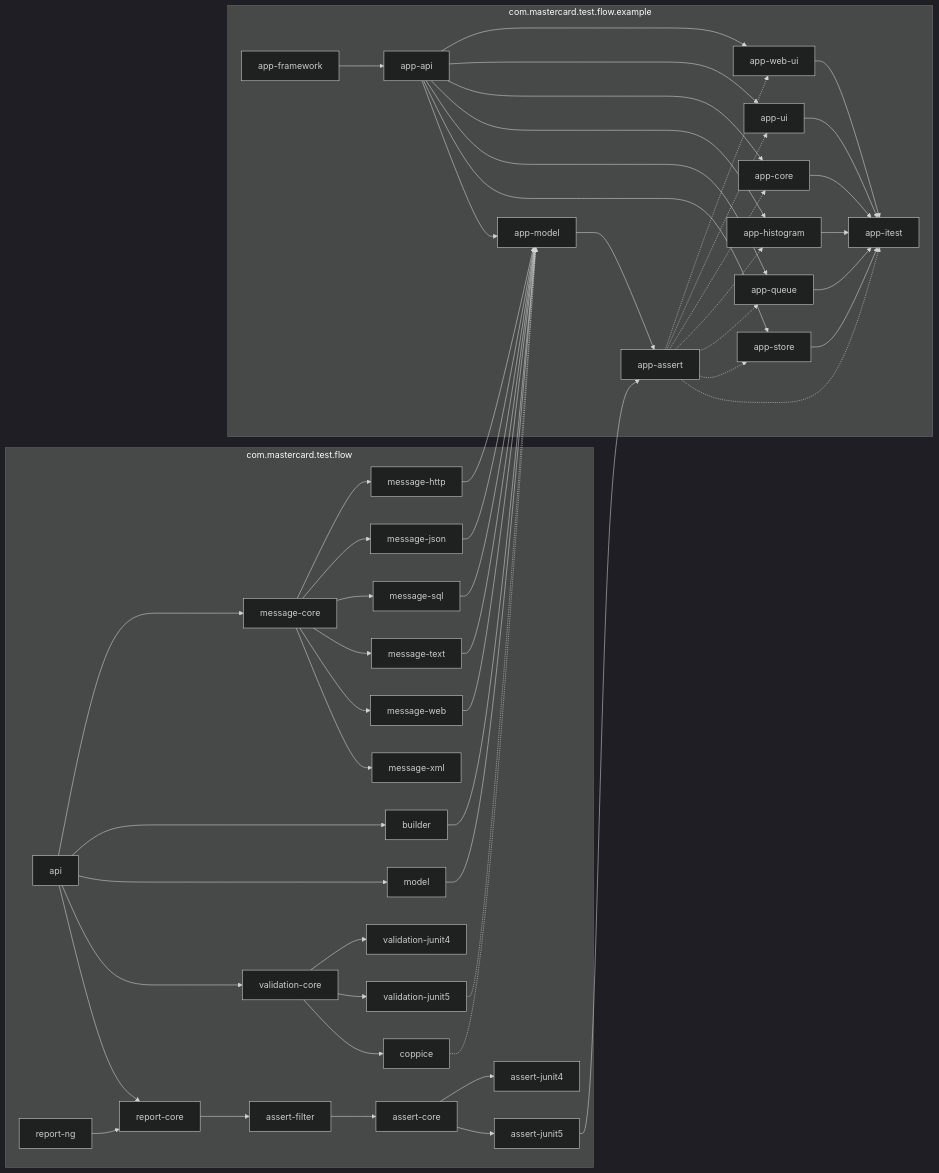
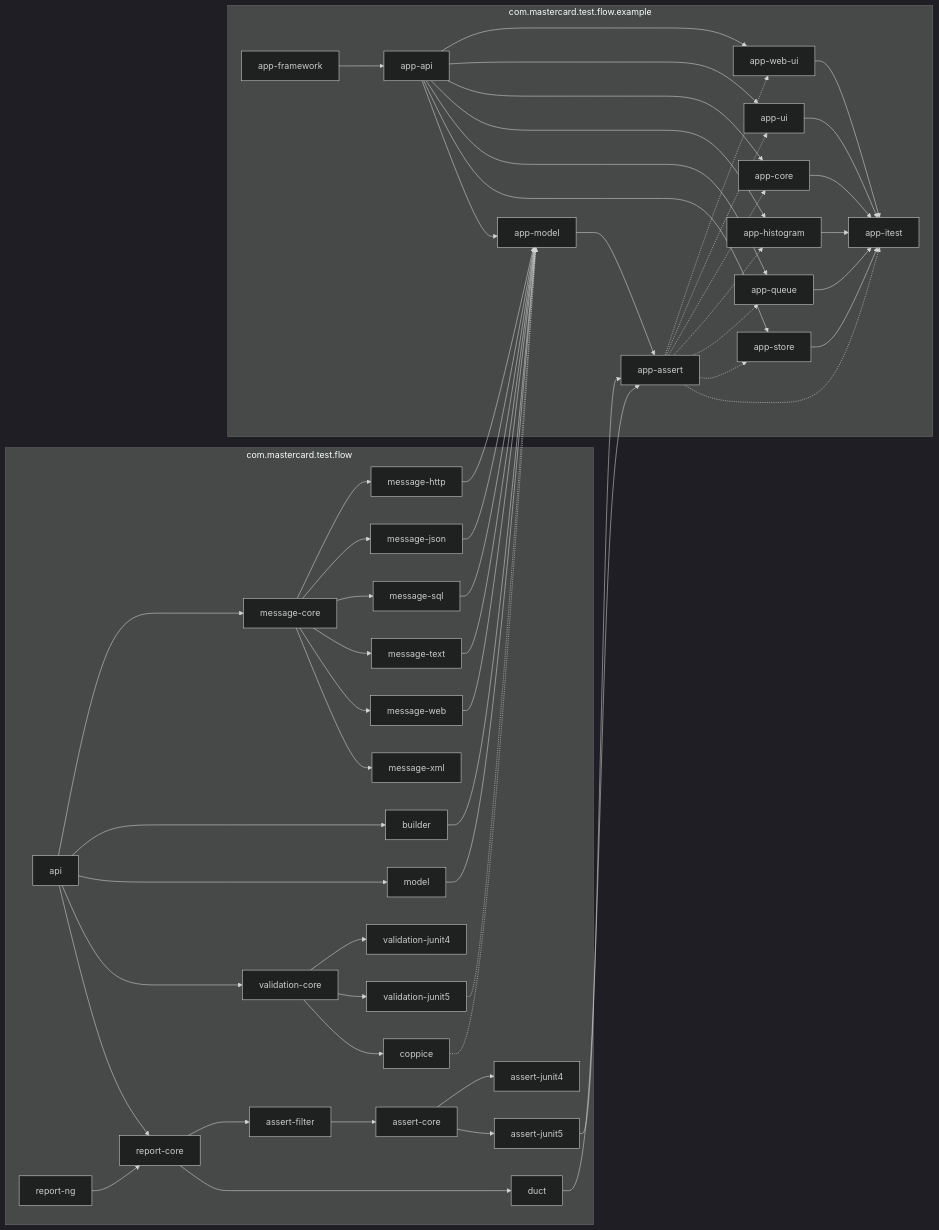
One commit to Mastercard/flow changed the second of 2 diagrams in example/README.md. Above: the diagram before and after it, drawn with Mermaid (dark theme). The commit also changed 111 other files, not shown here.

````diff
--- a/example/README.md
+++ b/example/README.md
@@ -69,58 +69,60 @@
 ```mermaid
 graph LR
   subgraph com.mastercard.test.flow
     api --> message-core
     api --> builder
     api --> model
     api --> validation-core
     api --> report-core
     assert-core --> assert-junit4
     assert-core --> assert-junit5
     assert-filter --> assert-core
     message-core --> message-http
     message-core --> message-json
     message-core --> message-sql
     message-core --> message-text
     message-core --> message-web
     message-core --> message-xml
     report-core --> assert-filter
+    report-core --> duct
     report-ng --> report-core
     validation-core --> validation-junit4
     validation-core --> validation-junit5
     validation-core --> coppice
   end
   subgraph com.mastercard.test.flow.example
     app-api --> app-web-ui
     app-api --> app-ui
     app-api --> app-core
     app-api --> app-histogram
     app-api --> app-queue
     app-api --> app-store
     app-api --> app-model
     app-assert -.-> app-web-ui
     app-assert -.-> app-ui
     app-assert -.-> app-core
     app-assert -.-> app-histogram
     app-assert -.-> app-queue
     app-assert -.-> app-store
     app-assert -.-> app-itest
     app-core --> app-itest
     app-framework --> app-api
     app-histogram --> app-itest
     app-model --> app-assert
     app-queue --> app-itest
     app-store --> app-itest
     app-ui --> app-itest
     app-web-ui --> app-itest
   end
   assert-junit5 --> app-assert
   builder --> app-model
   coppice -.-> app-model
+  duct --> app-assert
   message-http --> app-model
   message-json --> app-model
   message-sql --> app-model
   message-text --> app-model
   message-web --> app-model
   model --> app-model
   validation-junit5 -.-> app-model
 ```
````
